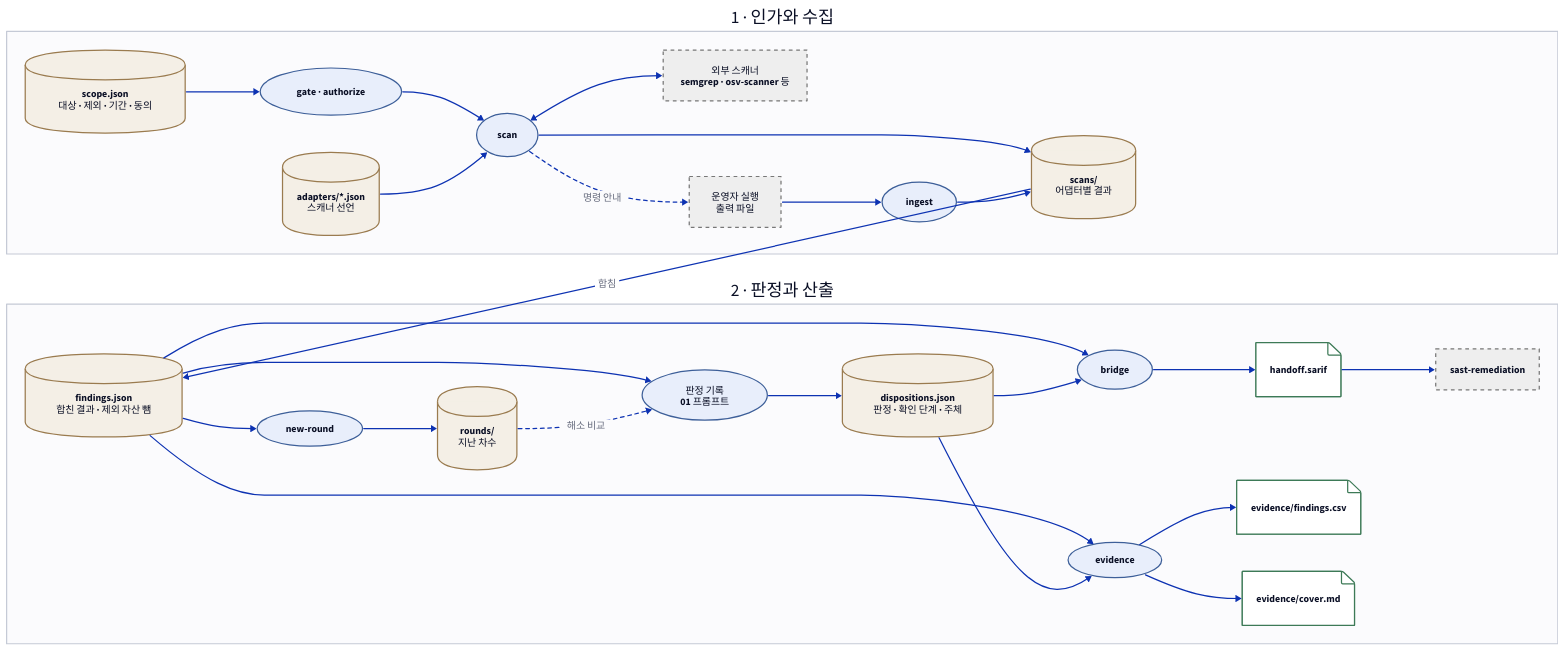
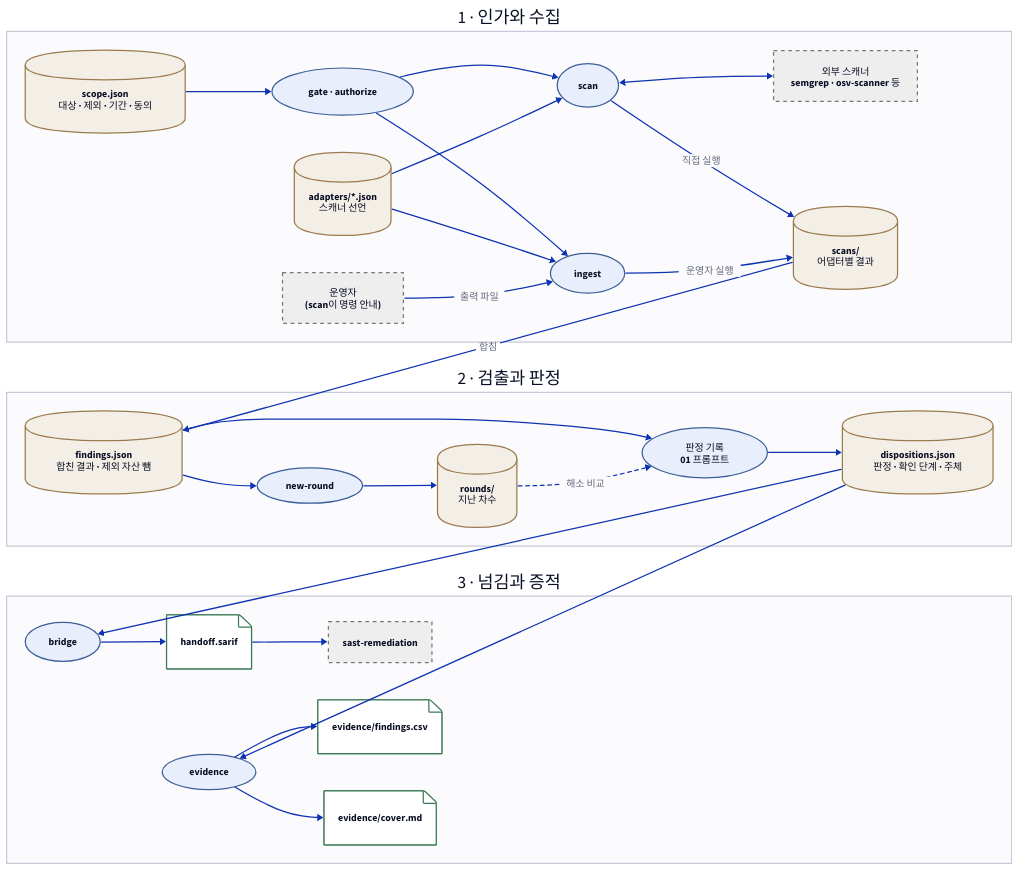
The diagram in skills/security-assessment/toolkit/docs/diagrams/architecture.d2 (seo0tak/agent-skills), drawn with D2 before and after one commit. The commit also changed 13 other files, not shown here.

First line of the commit message:
docs: 다이어그램 시인성·흐름도 점검 반영

```diff
--- a/skills/security-assessment/toolkit/docs/diagrams/architecture.d2
+++ b/skills/security-assessment/toolkit/docs/diagrams/architecture.d2
@@ -1,54 +1,59 @@
 # security-assessment 구조도. 고친 뒤 저장소 루트에서 python3 scripts/render_diagrams.py
-grid-rows: 2
+grid-rows: 3
 grid-gap: 40
 classes: {
   store: {shape: cylinder; style: {fill: "#f4efe6"; stroke: "#9a7b4f"}}
   proc: {shape: oval; style: {fill: "#e8eefb"; stroke: "#3d5f99"}}
   ext: {style: {fill: "#eeeeee"; stroke: "#777777"; stroke-dash: 3}}
   out: {shape: page; style: {fill: "#ffffff"; stroke: "#3d7a57"}}
   stage: {style: {fill: "#fbfbfd"; stroke: "#c5cad6"}}
 }
 collect: "1 · 인가와 수집" {
   class: stage
   direction: right
   scope: "scope.json\n대상 · 제외 · 기간 · 동의" {class: store}
   adapters: "adapters/*.json\n스캐너 선언" {class: store}
   gate: "gate · authorize" {class: proc}
   scan: "scan" {class: proc}
   ext: "외부 스캐너\nsemgrep · osv-scanner 등" {class: ext}
+  operator: "운영자\n(scan이 명령 안내)" {class: ext}
+  ingest: "ingest" {class: proc}
   scans: "scans/\n어댑터별 결과" {class: store}
-  operator: "운영자 실행\n출력 파일" {class: ext}
-  ingest: "ingest" {class: proc}
-  scope -> gate -> scan
+  scope -> gate
+  gate -> scan
+  gate -> ingest
   adapters -> scan
+  adapters -> ingest
   scan <-> ext
-  scan -> scans
-  scan -> operator: "명령 안내" {style.stroke-dash: 3}
-  operator -> ingest -> scans
+  scan -> scans: "직접 실행"
+  operator -> ingest: "출력 파일"
+  ingest -> scans: "운영자 실행"
 }
-judge: "2 · 판정과 산출" {
+judge: "2 · 검출과 판정" {
   class: stage
   direction: right
   findings: "findings.json\n합친 결과 · 제외 자산 뺌" {class: store}
   round: "new-round" {class: proc}
   rounds: "rounds/\n지난 차수" {class: store}
   dispositions: "판정 기록\n01 프롬프트" {class: proc}
   disp: "dispositions.json\n판정 · 확인 단계 · 주체" {class: store}
-  bridge: "bridge" {class: proc}
-  ev: "evidence" {class: proc}
-  sarif: "handoff.sarif" {class: out}
-  csv: "evidence/findings.csv" {class: out}
-  cover: "evidence/cover.md" {class: out}
-  sr: "sast-remediation" {class: ext}
-  sarif -> sr
   findings -> round -> rounds
   findings -> dispositions -> disp
   rounds -> dispositions: "해소 비교" {style.stroke-dash: 3}
-  findings -> bridge
-  disp -> bridge -> sarif
-  findings -> ev
-  disp -> ev
+}
+out: "3 · 넘김과 증적" {
+  class: stage
+  direction: right
+  bridge: "bridge" {class: proc}
+  sarif: "handoff.sarif" {class: out}
+  sr: "sast-remediation" {class: ext}
+  ev: "evidence" {class: proc}
+  csv: "evidence/findings.csv" {class: out}
+  cover: "evidence/cover.md" {class: out}
+  bridge -> sarif -> sr
   ev -> csv
   ev -> cover
 }
 collect.scans -> judge.findings: "합침"
+judge.disp -> out.bridge
+judge.disp -> out.ev
```
